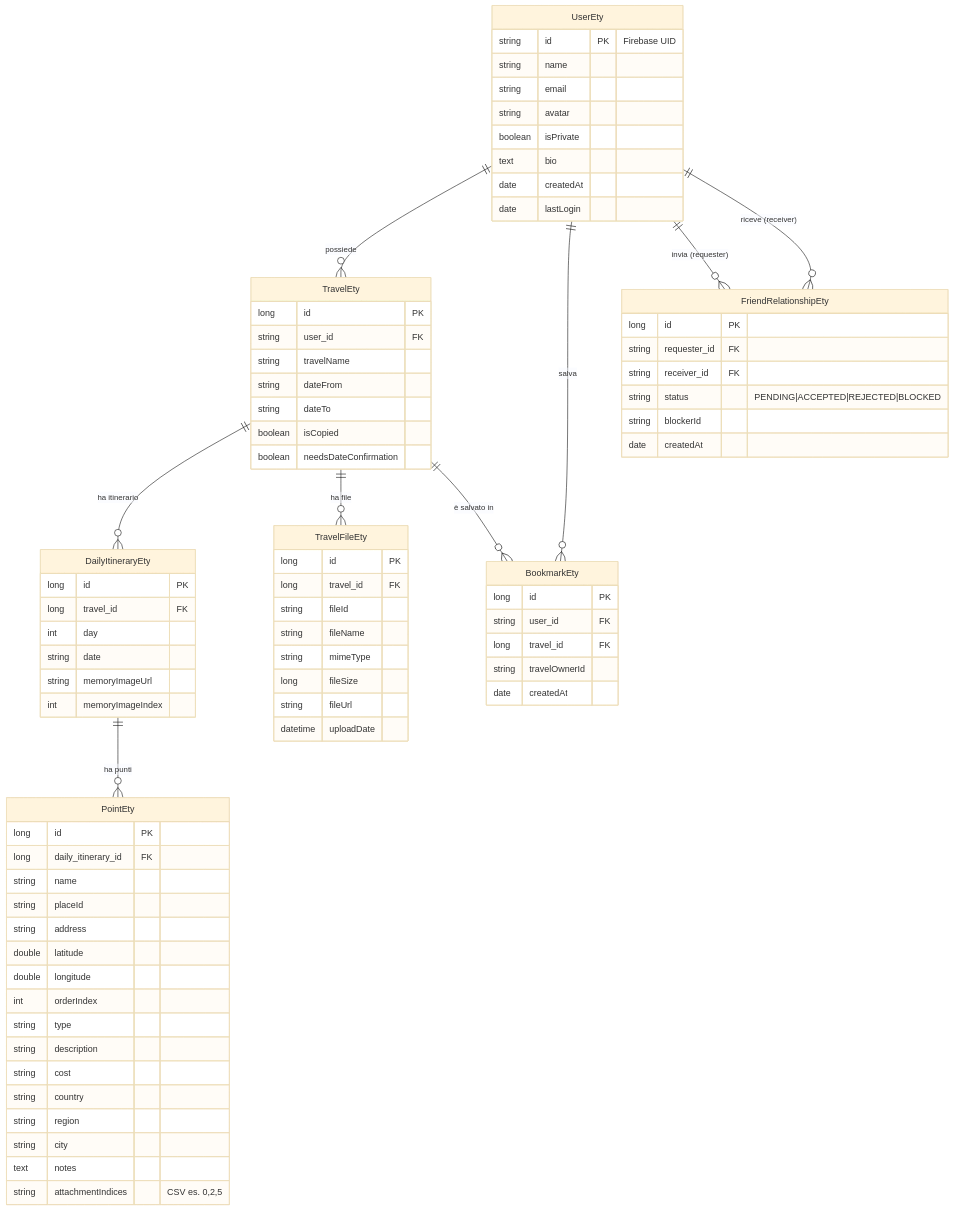
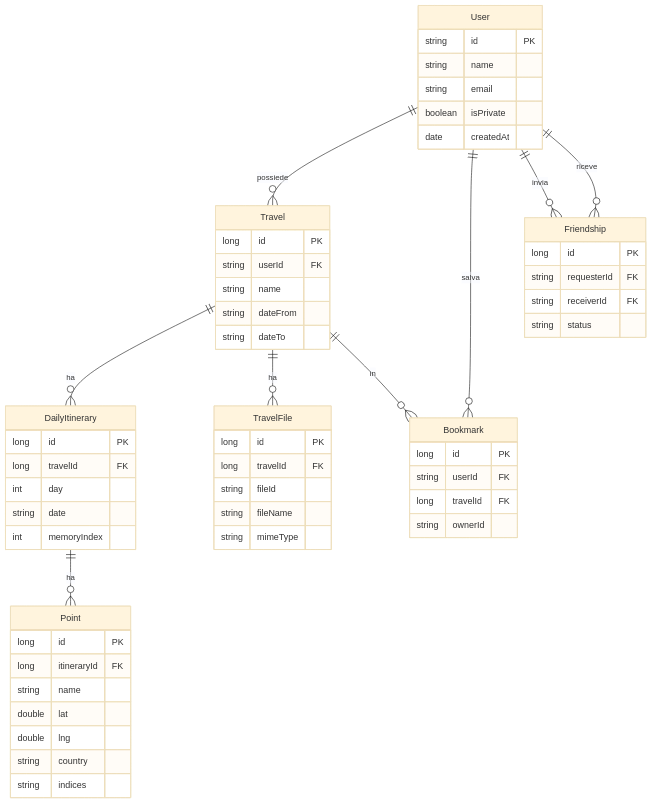
The diagram in README.md (vincenzo-ingenito/voyage-be), drawn with Mermaid (base theme) before and after one commit. The commit also changed other lines of this file, not shown here.

````diff
--- a/README.md
+++ b/README.md
@@ -10,88 +10,67 @@
 ```mermaid
 erDiagram
-    UserEty {
-        string id PK "Firebase UID"
+    User {
+        string id PK
         string name
         string email
-        string avatar
         boolean isPrivate
-        text bio
         date createdAt
-        date lastLogin
     }
 
-    TravelEty {
+    Travel {
         long id PK
-        string user_id FK
-        string travelName
+        string userId FK
+        string name
         string dateFrom
         string dateTo
-        boolean isCopied
-        boolean needsDateConfirmation
     }
 
-    DailyItineraryEty {
+    DailyItinerary {
         long id PK
-        long travel_id FK
+        long travelId FK
         int day
         string date
-        string memoryImageUrl
-        int memoryImageIndex
+        int memoryIndex
     }
 
-    PointEty {
+    Point {
         long id PK
-        long daily_itinerary_id FK
+        long itineraryId FK
         string name
-        string placeId
-        string address
-        double latitude
-        double longitude
-        int orderIndex
-        string type
-        string description
-        string cost
+        double lat
+        double lng
         string country
-        string region
-        string city
-        text notes
-        string attachmentIndices "CSV es. 0,2,5"
+        string indices
     }
 
-    TravelFileEty {
+    TravelFile {
         long id PK
-        long travel_id FK
+        long travelId FK
         string fileId
         string fileName
         string mimeType
-        long fileSize
-        string fileUrl
-        datetime uploadDate
     }
 
-    BookmarkEty {
+    Bookmark {
         long id PK
-        string user_id FK
-        long travel_id FK
-        string travelOwnerId
-        date createdAt
+        string userId FK
+        long travelId FK
+        string ownerId
     }
 
-    FriendRelationshipEty {
+    Friendship {
         long id PK
-        string requester_id FK
-        string receiver_id FK
-        string status "PENDING|ACCEPTED|REJECTED|BLOCKED"
-        string blockerId
-        date createdAt
+        string requesterId FK
+        string receiverId FK
+        string status
     }
 
-    UserEty ||--o{ TravelEty : "possiede"
-    UserEty ||--o{ BookmarkEty : "salva"
-    UserEty ||--o{ FriendRelationshipEty : "invia (requester)"
-    UserEty ||--o{ FriendRelationshipEty : "riceve (receiver)"
-    TravelEty ||--o{ DailyItineraryEty : "ha itinerario"
-    TravelEty ||--o{ TravelFileEty : "ha file"
-    TravelEty ||--o{ BookmarkEty : "è salvato in"
-    DailyItineraryEty ||--o{ PointEty : "ha punti"
+    User ||--o{ Travel : "possiede"
+    User ||--o{ Bookmark : "salva"
+    User ||--o{ Friendship : "invia"
+    User ||--o{ Friendship : "riceve"
+    Travel ||--o{ DailyItinerary : "ha"
+    Travel ||--o{ TravelFile : "ha"
+    Travel ||--o{ Bookmark : "in"
+    DailyItinerary ||--o{ Point : "ha"
 ```
````
